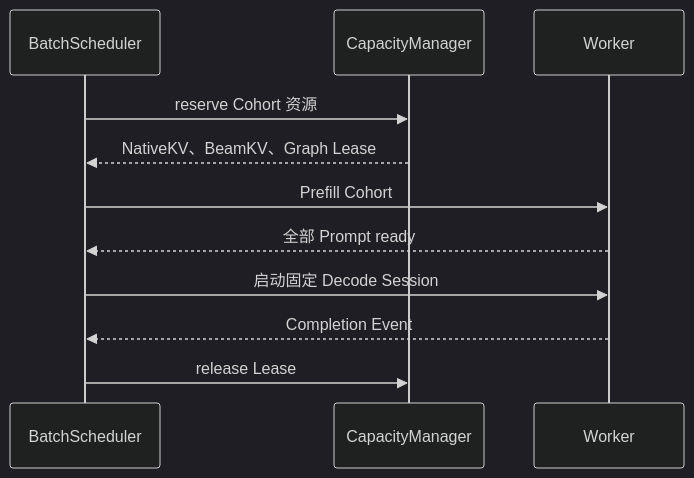
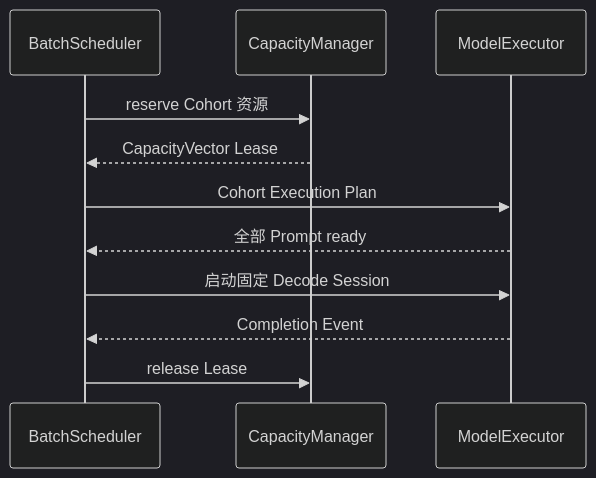
The eighth of 10 diagrams in GR/nearline_batch_scheduler_and_input_protocol_design.md (zhanghanleo10/gr-related), drawn with Mermaid (dark theme) before and after one commit. The commit also changed other lines of this file, not shown here.

````diff
--- a/GR/nearline_batch_scheduler_and_input_protocol_design.md
+++ b/GR/nearline_batch_scheduler_and_input_protocol_design.md
@@ -891,14 +973,14 @@
 ```mermaid
 sequenceDiagram
     participant S as BatchScheduler
     participant C as CapacityManager
-    participant W as Worker
+    participant E as ModelExecutor
 
     S->>C: reserve Cohort 资源
-    C-->>S: NativeKV、BeamKV、Graph Lease
-    S->>W: Prefill Cohort
-    W-->>S: 全部 Prompt ready
-    S->>W: 启动固定 Decode Session
-    W-->>S: Completion Event
+    C-->>S: CapacityVector Lease
+    S->>E: Cohort Execution Plan
+    E-->>S: 全部 Prompt ready
+    S->>E: 启动固定 Decode Session
+    E-->>S: Completion Event
     S->>C: release Lease
 ```
````
